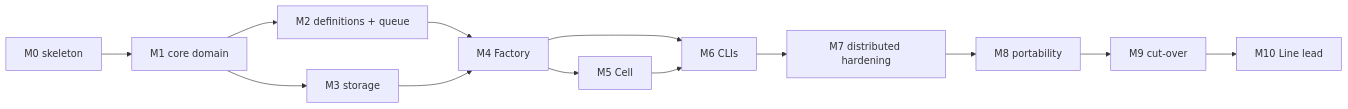
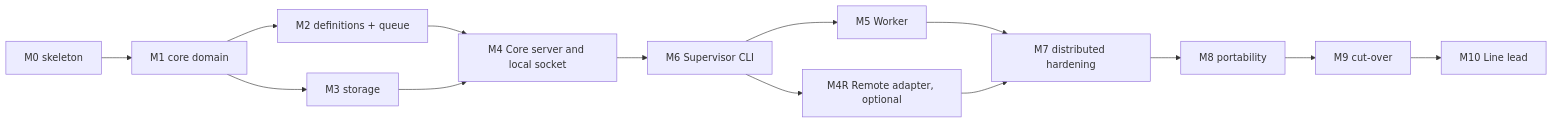
The diagram in docs/ROADMAP.md (xyashino/software-factory), drawn with Mermaid before and after one commit. The commit also changed other lines of this file and 48 other files, not shown here.

Commit message:
docs: restructure architecture around local socket server

````diff
--- a/docs/ROADMAP.md
+++ b/docs/ROADMAP.md
@@ -38,15 +51,16 @@
 ```mermaid
 flowchart LR
   M0[M0 skeleton] --> M1[M1 core domain]
   M1 --> M2[M2 definitions + queue]
   M1 --> M3[M3 storage]
-  M2 --> M4[M4 Factory]
+  M2 --> M4[M4 Core server and local socket]
   M3 --> M4
-  M4 --> M5[M5 Cell]
-  M4 --> M6[M6 CLIs]
-  M5 --> M6
-  M6 --> M7[M7 distributed hardening]
+  M4 --> M6[M6 Supervisor CLI]
+  M6 --> M5[M5 Worker]
+  M6 --> M4R[M4R Remote adapter, optional]
+  M5 --> M7[M7 distributed hardening]
+  M4R --> M7
   M7 --> M8[M8 portability]
   M8 --> M9[M9 cut-over]
   M9 --> M10[M10 Line lead]
 ```
````
